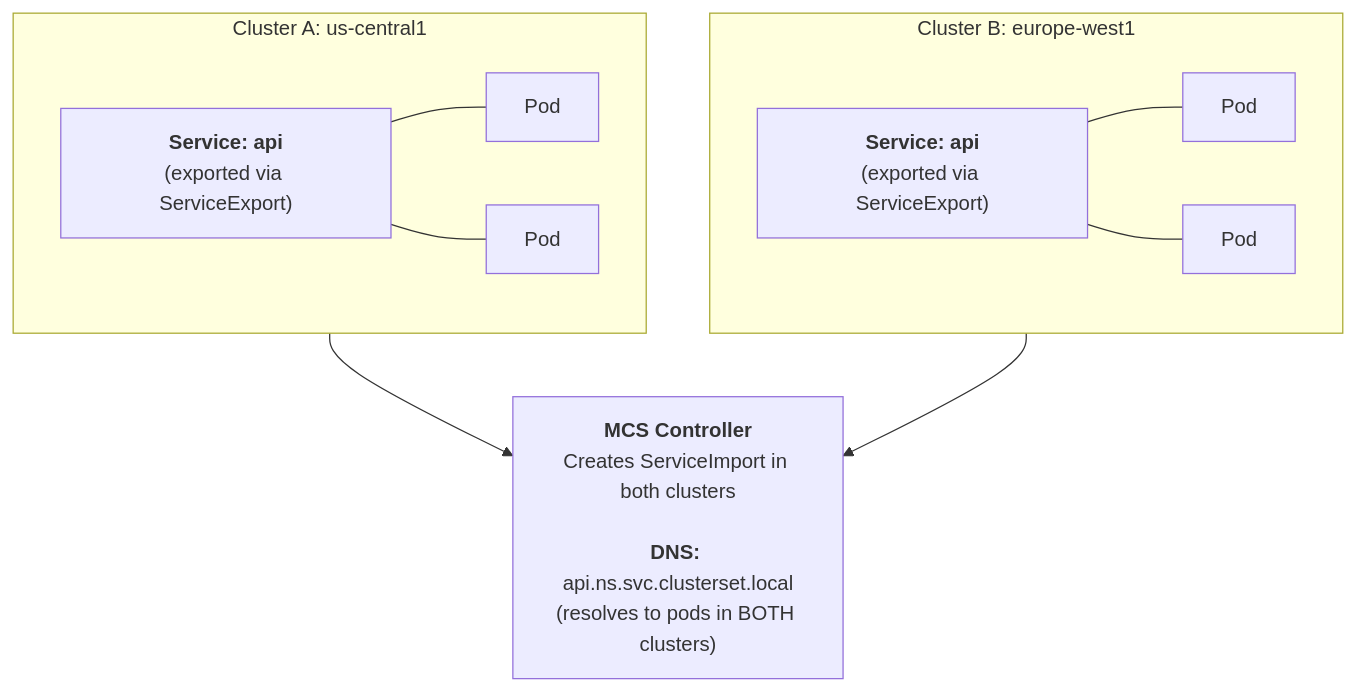
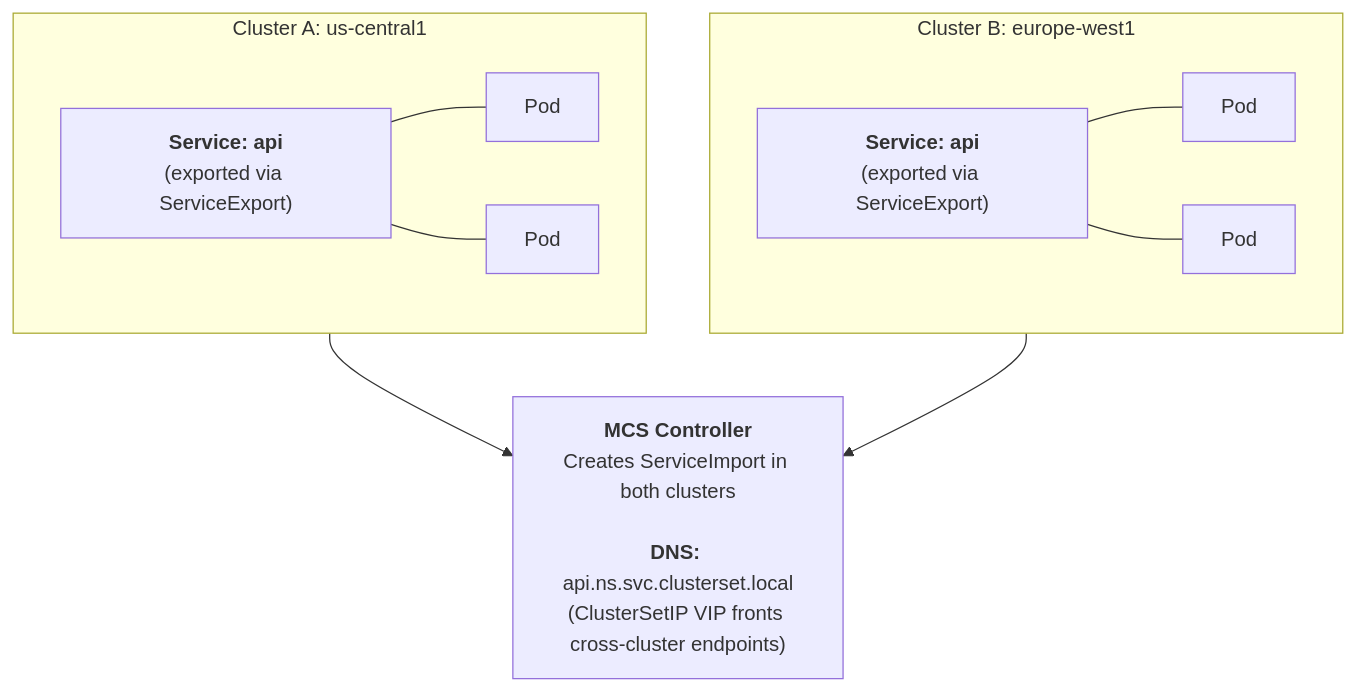
One commit to kube-dojo/kube-dojo changed the third of 4 diagrams in src/content/docs/cloud/gke-deep-dive/module-6.5-gke-fleet.md. Above: the diagram before and after it, drawn with Mermaid. The commit also changed other lines of this file and 1 other file, not shown here.

````diff
--- a/src/content/docs/cloud/gke-deep-dive/module-6.5-gke-fleet.md
+++ b/src/content/docs/cloud/gke-deep-dive/module-6.5-gke-fleet.md
@@ -488,23 +508,23 @@
 ```mermaid
 flowchart TD
     subgraph cluster_a [Cluster A: us-central1]
         sa["<b>Service: api</b><br/>(exported via ServiceExport)"]
         pa1[Pod]
         pa2[Pod]
         sa --- pa1
         sa --- pa2
     end
     
     subgraph cluster_b [Cluster B: europe-west1]
         sb["<b>Service: api</b><br/>(exported via ServiceExport)"]
         pb1[Pod]
         pb2[Pod]
         sb --- pb1
         sb --- pb2
     end
     
-    mcs["<b>MCS Controller</b><br/>Creates ServiceImport in both clusters<br/><br/><b>DNS:</b> api.ns.svc.clusterset.local<br/>(resolves to pods in BOTH clusters)"]
+    mcs["<b>MCS Controller</b><br/>Creates ServiceImport in both clusters<br/><br/><b>DNS:</b> api.ns.svc.clusterset.local<br/>(ClusterSetIP VIP fronts cross-cluster endpoints)"]
     
     cluster_a --> mcs
     cluster_b --> mcs
 ```
````
